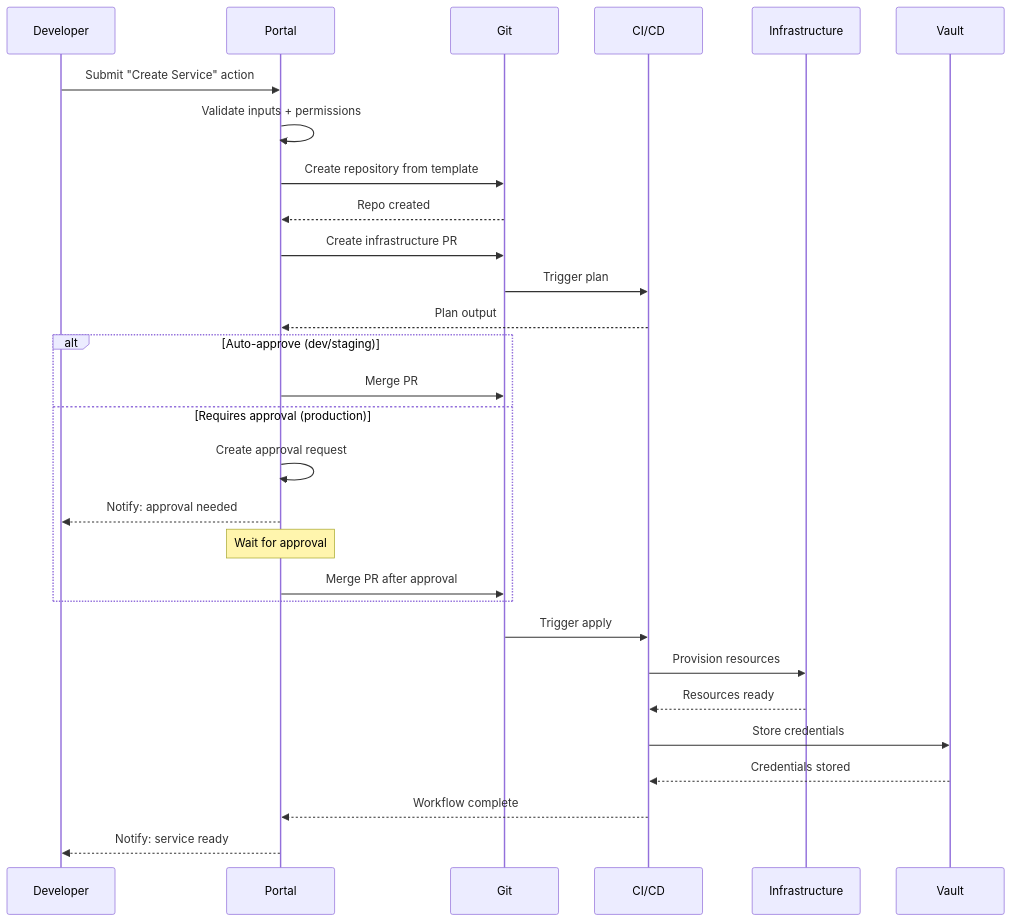
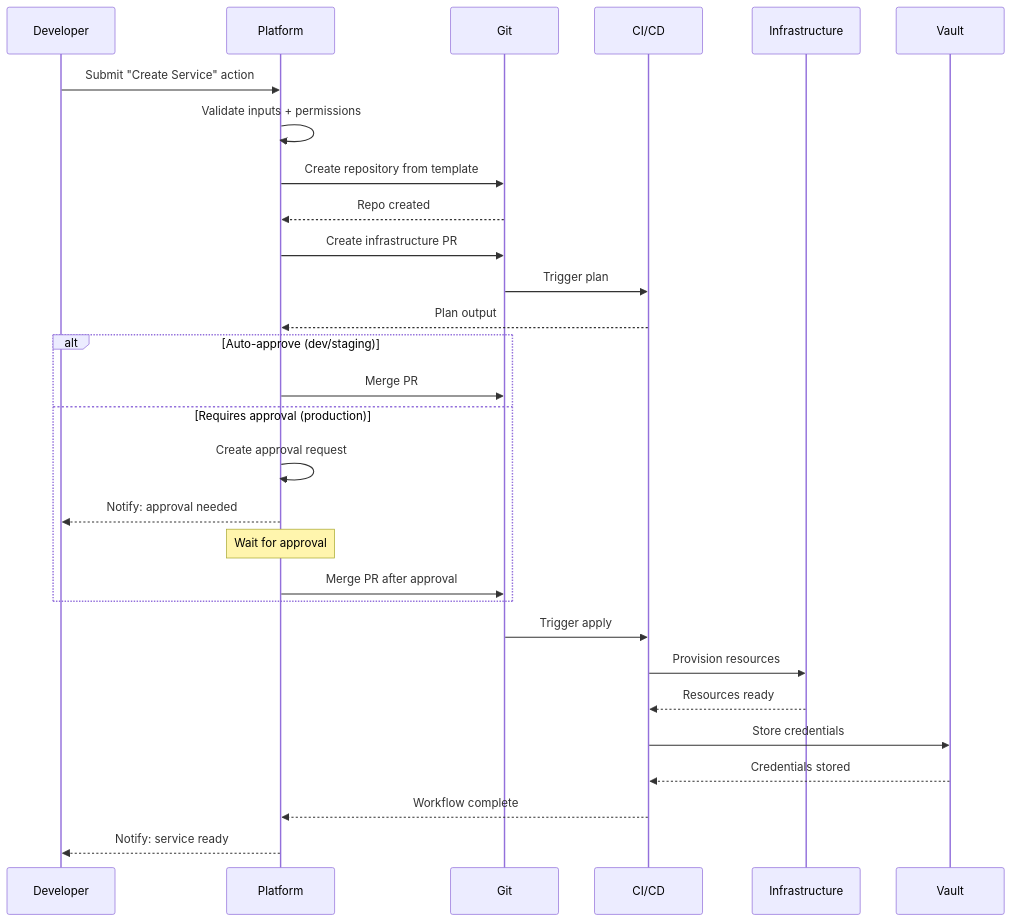
The diagram in src/content/articles/internal-developer-portal-platform-self-service-actions/index.mdx (webstackdev/astro.webstackbuilders.com), drawn with Mermaid before and after one commit. The commit also changed other lines of this file and 3 other files, not shown here.

Commit message:
Add internal-developer-portal-platform-self-service-actions article

````diff
--- a/src/content/articles/internal-developer-portal-platform-self-service-actions/index.mdx
+++ b/src/content/articles/internal-developer-portal-platform-self-service-actions/index.mdx
@@ -376,38 +155,38 @@
 ```mermaid
 sequenceDiagram
     participant D as Developer
-    participant P as Portal
+    participant Plt as Platform
     participant G as Git
     participant CI as CI/CD
     participant I as Infrastructure
     participant V as Vault
 
-    D->>P: Submit "Create Service" action
-    P->>P: Validate inputs + permissions
+    D->>Plt: Submit "Create Service" action
+    Plt->>Plt: Validate inputs + permissions
 
-    P->>G: Create repository from template
-    G-->>P: Repo created
+    Plt->>G: Create repository from template
+    G-->>Plt: Repo created
 
-    P->>G: Create infrastructure PR
+    Plt->>G: Create infrastructure PR
     G->>CI: Trigger plan
-    CI-->>P: Plan output
+    CI-->>Plt: Plan output
 
     alt Auto-approve (dev/staging)
-        P->>G: Merge PR
+        Plt->>G: Merge PR
     else Requires approval (production)
-        P->>P: Create approval request
-        P-->>D: Notify: approval needed
-        Note over P: Wait for approval
-        P->>G: Merge PR after approval
+        Plt->>Plt: Create approval request
+        Plt-->>D: Notify: approval needed
+        Note over Plt: Wait for approval
+        Plt->>G: Merge PR after approval
     end
 
     G->>CI: Trigger apply
     CI->>I: Provision resources
     I-->>CI: Resources ready
 
     CI->>V: Store credentials
     V-->>CI: Credentials stored
 
-    CI-->>P: Workflow complete
-    P-->>D: Notify: service ready
+    CI-->>Plt: Workflow complete
+    Plt-->>D: Notify: service ready
 ```
````
